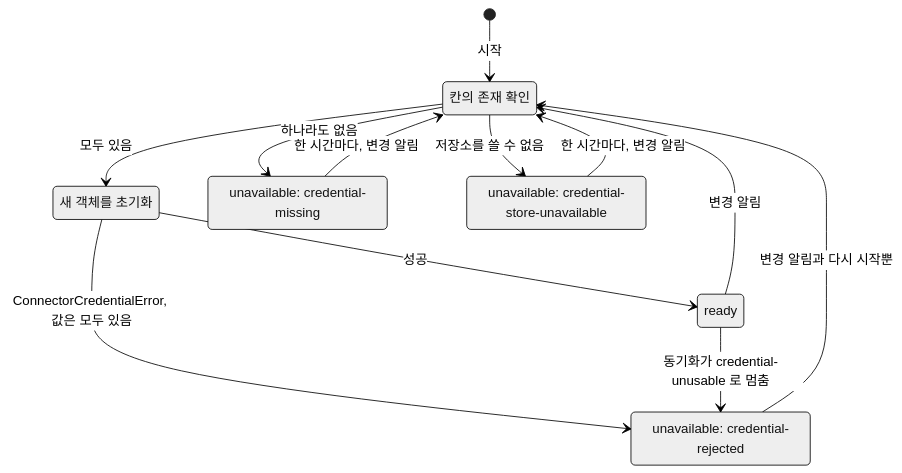
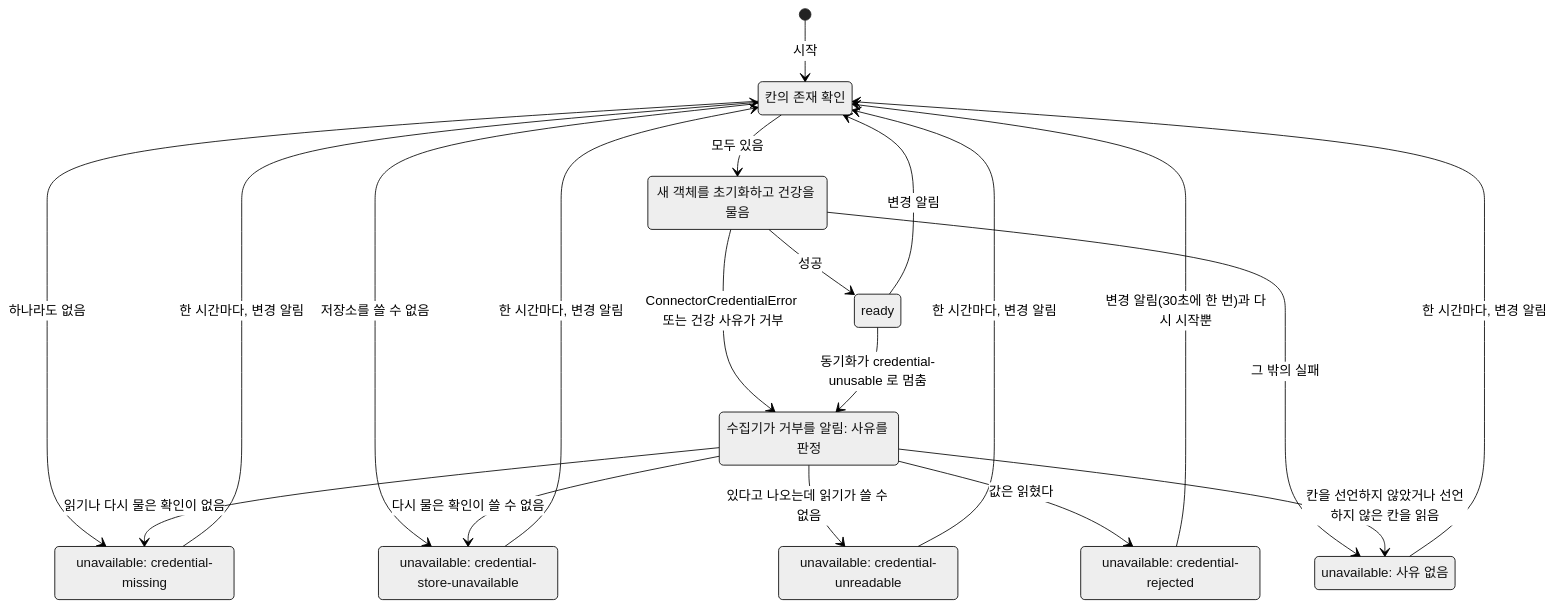
One commit to nohdol97/PKI changed the second of 2 diagrams in docs/specs/2026-11-22-I06-connector-credentials.md. Above: the diagram before and after it, drawn with Mermaid (neutral theme). The commit also changed other lines of this file and 1 other file, not shown here.

````diff
--- a/docs/specs/2026-11-22-I06-connector-credentials.md
+++ b/docs/specs/2026-11-22-I06-connector-credentials.md
@@ -277,20 +319,31 @@
 ```mermaid
 stateDiagram-v2
   state "칸의 존재 확인" as CHECK
-  state "새 객체를 초기화" as INIT
+  state "새 객체를 초기화하고 건강을 물음" as INIT
+  state "수집기가 거부를 알림: 사유를 판정" as JUDGE
   state "ready" as READY
   state "unavailable: credential-missing" as MISSING
   state "unavailable: credential-store-unavailable" as NOSTORE
+  state "unavailable: credential-unreadable" as UNREADABLE
   state "unavailable: credential-rejected" as REJECTED
+  state "unavailable: 사유 없음" as PLAIN
   [*] --> CHECK: 시작
   CHECK --> INIT: 모두 있음
   CHECK --> MISSING: 하나라도 없음
   CHECK --> NOSTORE: 저장소를 쓸 수 없음
   INIT --> READY: 성공
-  INIT --> REJECTED: ConnectorCredentialError, 값은 모두 있음
-  READY --> REJECTED: 동기화가 credential-unusable 로 멈춤
+  INIT --> JUDGE: ConnectorCredentialError 또는 건강 사유가 거부
+  INIT --> PLAIN: 그 밖의 실패
+  READY --> JUDGE: 동기화가 credential-unusable 로 멈춤
+  JUDGE --> MISSING: 읽기나 다시 물은 확인이 없음
+  JUDGE --> NOSTORE: 다시 물은 확인이 쓸 수 없음
+  JUDGE --> UNREADABLE: 있다고 나오는데 읽기가 쓸 수 없음
+  JUDGE --> REJECTED: 값은 읽혔다
+  JUDGE --> PLAIN: 칸을 선언하지 않았거나 선언하지 않은 칸을 읽음
   MISSING --> CHECK: 한 시간마다, 변경 알림
   NOSTORE --> CHECK: 한 시간마다, 변경 알림
-  REJECTED --> CHECK: 변경 알림과 다시 시작뿐
+  UNREADABLE --> CHECK: 한 시간마다, 변경 알림
+  PLAIN --> CHECK: 한 시간마다, 변경 알림
+  REJECTED --> CHECK: 변경 알림(30초에 한 번)과 다시 시작뿐
   READY --> CHECK: 변경 알림
 ```
````
